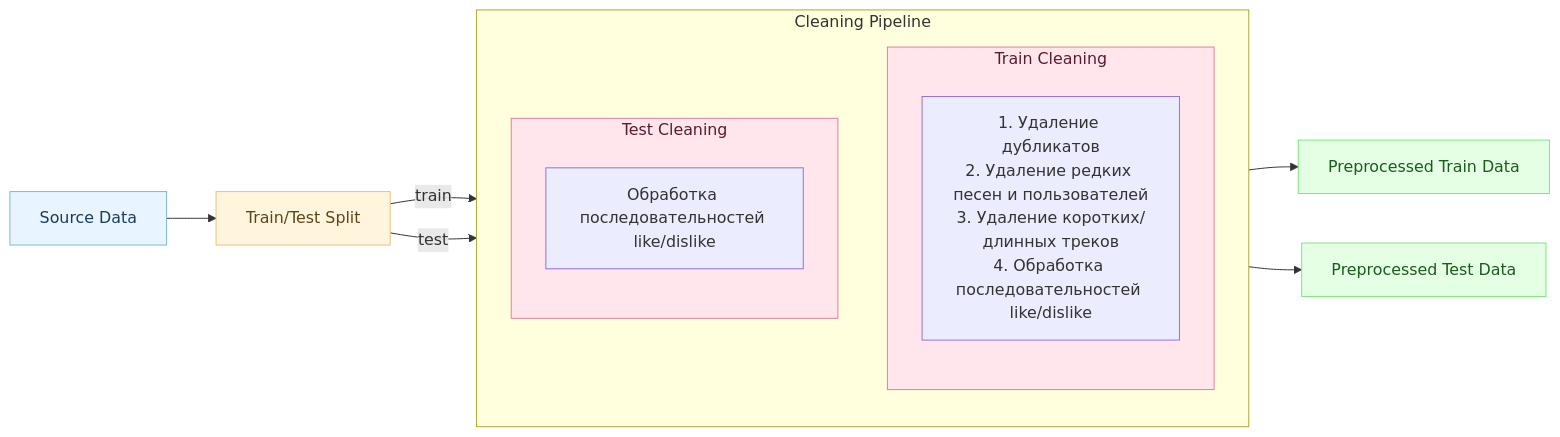
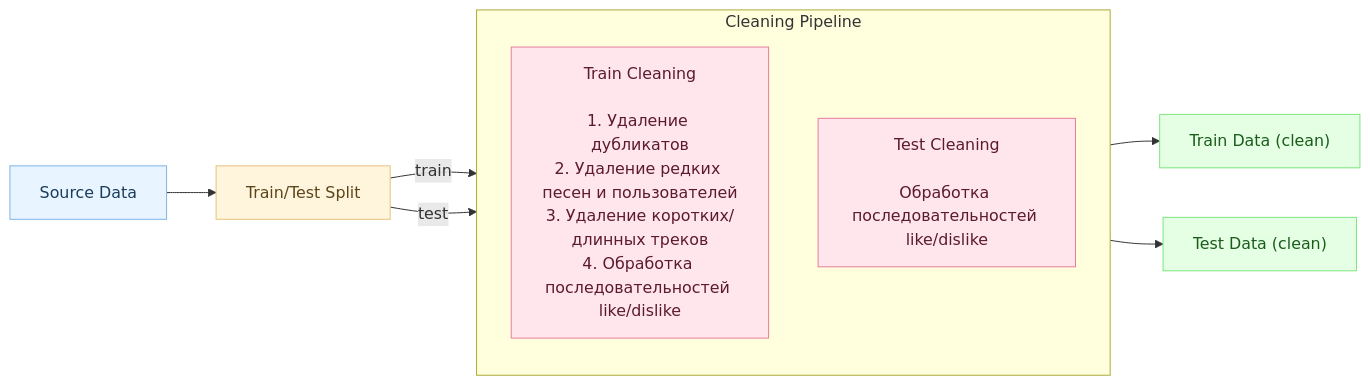
Before and after one commit to Nastasy822/music-recommendation-experiments: the first of 2 diagrams in README.md, drawn with Mermaid.

Commit message:
docs(readme): update diagram

````diff
--- a/README.md
+++ b/README.md
@@ -106,50 +106,39 @@
 ```mermaid
 flowchart LR
 
     %% === Исходные данные ===
     SRC["Source Data"]
 
     %% === Train/Test Split ===
     SPLIT["Train/Test Split"]
 
     %% === Cleaning блок ===
     subgraph CLEANING["Cleaning Pipeline"]
         direction TB
-
-        %% === Train Cleaning ===
-        subgraph TRAIN_CLN["Train Cleaning"]
-            direction TB
-            N1["1. Удаление дубликатов<br/>2. Удаление редких песен и пользователей<br/>3. Удаление коротких/длинных треков<br/>4. Обработка последовательностей like/dislike"]
-
-        end
-
-        %% === Test Cleaning ===
-        subgraph TEST_CLN["Test Cleaning"]
-            direction TB
-            T1["Обработка последовательностей like/dislike"]
-        end
+        TRAIN_CLN["Train Cleaning<br/><br/>1. Удаление дубликатов<br/>2. Удаление редких песен и пользователей<br/>3. Удаление коротких/длинных треков<br/>4. Обработка последовательностей like/dislike"]
+        TEST_CLN["Test Cleaning<br/><br/>Обработка последовательностей like/dislike"]
     end
 
-    PRE_TRAIN["Preprocessed Train Data"]
-    PRE_TEST["Preprocessed Test Data"]
+    PRE_TRAIN["Train Data (clean)"]
+    PRE_TEST["Test Data (clean)"]
 
     %% === Потоки ===
     SRC --> SPLIT
-    SPLIT -->|train| N1
-    SPLIT -->|test| T1
+    SPLIT -->|train| TRAIN_CLN
+    SPLIT -->|test| TEST_CLN
 
-    N1 --> PRE_TRAIN
-    T1 --> PRE_TEST
+    TRAIN_CLN --> PRE_TRAIN
+    TEST_CLN --> PRE_TEST
 
     %% === Стили ===
     classDef source fill:#e8f4ff,stroke:#7db4e6,color:#1a3d5c;
     classDef split fill:#fff5dd,stroke:#e6c27d,color:#5c451a;
     classDef clean fill:#ffe6ec,stroke:#e67d9c,color:#5c1a2f;
     classDef result fill:#e5ffe5,stroke:#7de67d,color:#1a5c1a;
 
     class SRC source;
     class SPLIT split;
     class TRAIN_CLN,TEST_CLN clean;
     class PRE_TRAIN,PRE_TEST result;
 
 ```
````
